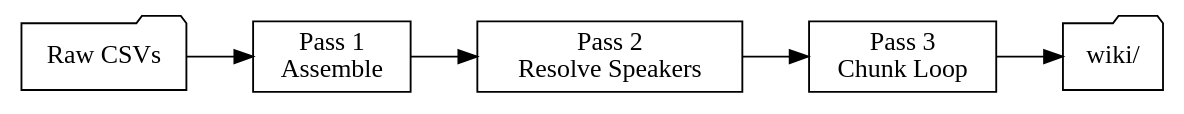
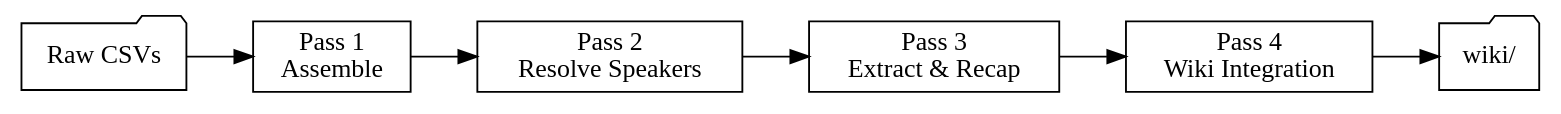
One commit to Thedougler/shattered-sea-wiki changed the diagram in .claude/skills/session-ingest/SKILL.md. Above: the diagram before and after it, drawn with Graphviz. The commit also changed other lines of this file and 1 other file, not shown here.

First line of the commit message:
feat: add recap.md as intermediate artifact before wiki integration

````diff
--- a/.claude/skills/session-ingest/SKILL.md
+++ b/.claude/skills/session-ingest/SKILL.md
@@ -78,13 +81,14 @@
 ```dot
 digraph passes {
   rankdir=LR;
   node [shape=box];
   "Raw CSVs" [shape=folder];
   "wiki/" [shape=folder];
 
   "Raw CSVs" -> "Pass 1\nAssemble";
   "Pass 1\nAssemble" -> "Pass 2\nResolve Speakers";
-  "Pass 2\nResolve Speakers" -> "Pass 3\nChunk Loop";
-  "Pass 3\nChunk Loop" -> "wiki/";
+  "Pass 2\nResolve Speakers" -> "Pass 3\nExtract & Recap";
+  "Pass 3\nExtract & Recap" -> "Pass 4\nWiki Integration";
+  "Pass 4\nWiki Integration" -> "wiki/";
 }
 ```
````
